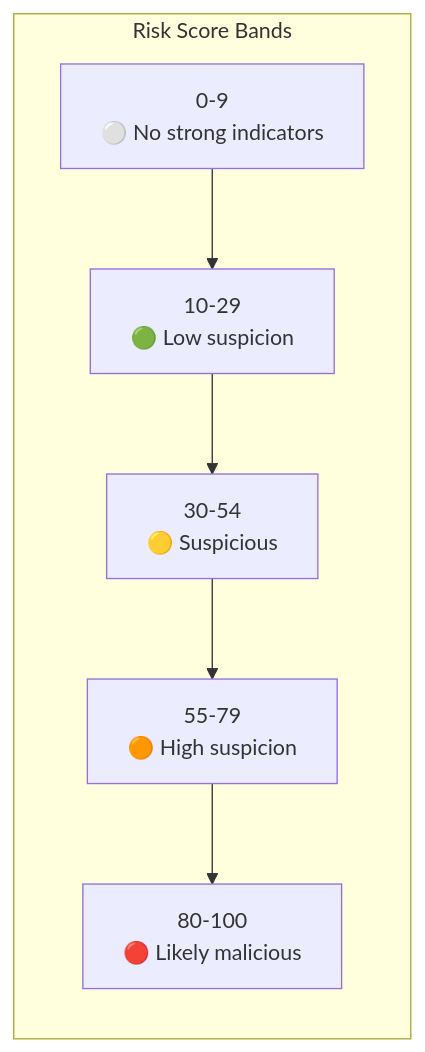
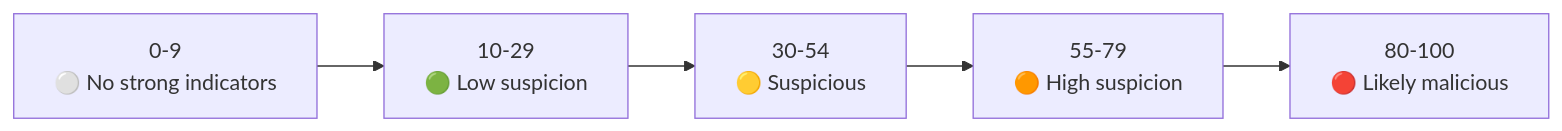
One commit to Masriyan/FlatScan changed the seventh of 7 diagrams in usage.md. Above: the diagram before and after it, drawn with Mermaid. The commit also changed other lines of this file and 11 other files, not shown here.

````diff
--- a/usage.md
+++ b/usage.md
@@ -626,12 +432,7 @@
 ```mermaid
 graph LR
-    subgraph "Risk Score Bands"
-        A["0-9<br/>⚪ No strong indicators"]
-        B["10-29<br/>🟢 Low suspicion"]
-        C["30-54<br/>🟡 Suspicious"]
-        D["55-79<br/>🟠 High suspicion"]
-        E["80-100<br/>🔴 Likely malicious"]
-    end
-    
-    A --> B --> C --> D --> E
+    A["0-9<br/>⚪ No strong indicators"] --> B["10-29<br/>🟢 Low suspicion"]
+    B --> C["30-54<br/>🟡 Suspicious"]
+    C --> D["55-79<br/>🟠 High suspicion"]
+    D --> E["80-100<br/>🔴 Likely malicious"]
 ```
````
